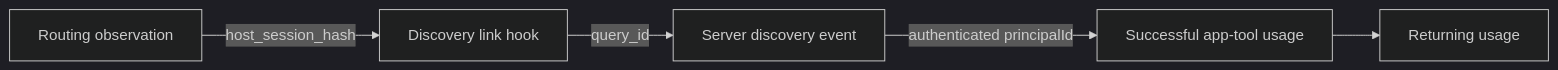
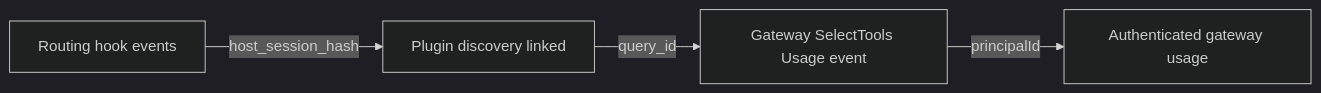
One commit to ArcadeAI/arcade-plugin changed the diagram in docs/research/telemetry-design.md. Above: the diagram before and after it, drawn with Mermaid (dark theme). The commit also changed other lines of this file and 3 other files, not shown here.

````diff
--- a/docs/research/telemetry-design.md
+++ b/docs/research/telemetry-design.md
@@ -59,7 +27,6 @@
 ```mermaid
 flowchart LR
-    R[Routing observation] -->|host_session_hash| L[Discovery link hook]
-    L -->|query_id| D[Server discovery event]
-    D -->|authenticated principalId| U[Successful app-tool usage]
-    U --> K[Returning usage]
+    R[Routing hook events] -->|host_session_hash| L[Plugin discovery linked]
+    L -->|query_id| G[Gateway SelectTools Usage event]
+    G -->|principalId| U[Authenticated gateway usage]
 ```
````
